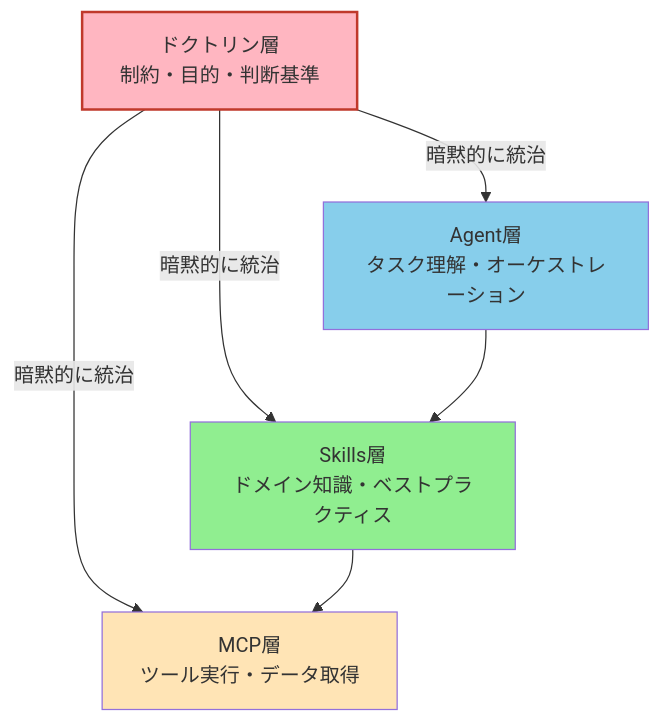
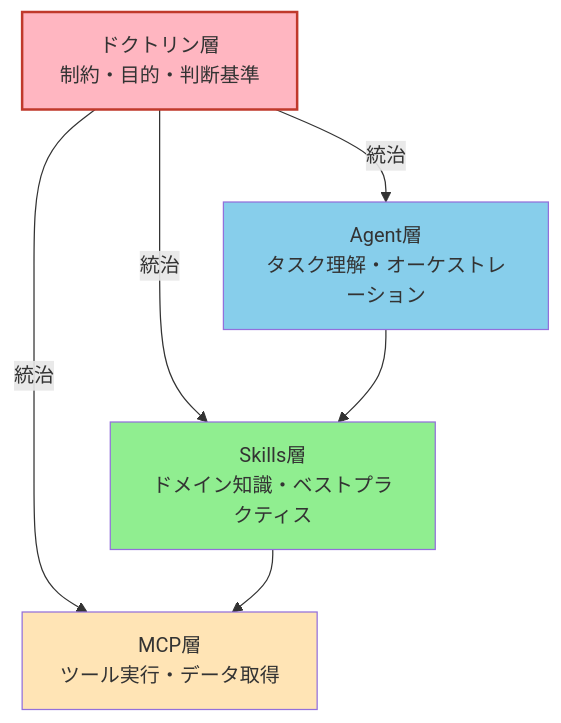
Before and after one commit to shuji-bonji/ai-agent-architecture: the third of 9 diagrams in docs/ja/concepts/07-doctrine-and-intent.md, drawn with Mermaid. The commit also changed other lines of this file, not shown here.

````diff
--- a/docs/ja/concepts/07-doctrine-and-intent.md
+++ b/docs/ja/concepts/07-doctrine-and-intent.md
@@ -116,18 +116,18 @@
 ```mermaid
 graph TB
     DOCTRINE["ドクトリン層<br/>制約・目的・判断基準"]
     AGENT["Agent層<br/>タスク理解・オーケストレーション"]
     SKILLS["Skills層<br/>ドメイン知識・ベストプラクティス"]
     MCP["MCP層<br/>ツール実行・データ取得"]
 
-    DOCTRINE -->|"暗黙的に統治"| AGENT
-    DOCTRINE -->|"暗黙的に統治"| SKILLS
-    DOCTRINE -->|"暗黙的に統治"| MCP
+    DOCTRINE -->|"統治"| AGENT
+    DOCTRINE -->|"統治"| SKILLS
+    DOCTRINE -->|"統治"| MCP
     AGENT --> SKILLS
     SKILLS --> MCP
 
     style DOCTRINE fill:#FFB6C1,color:#333,stroke:#C0392B,stroke-width:2px
     style AGENT fill:#87CEEB,color:#333
     style SKILLS fill:#90EE90,color:#333
     style MCP fill:#FFE4B5,color:#333
 ```
````
